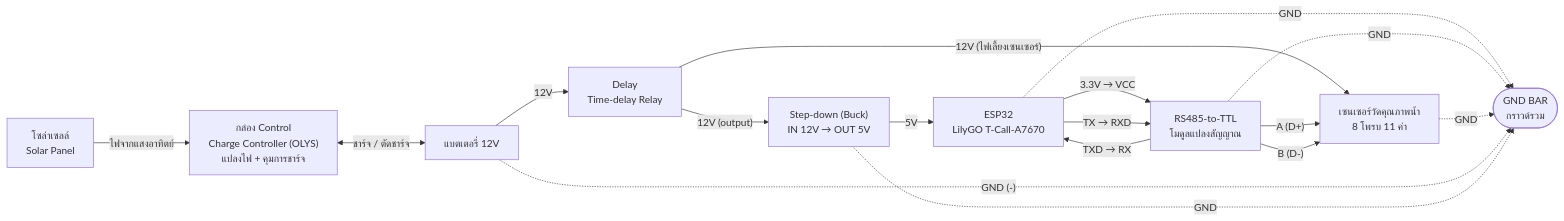
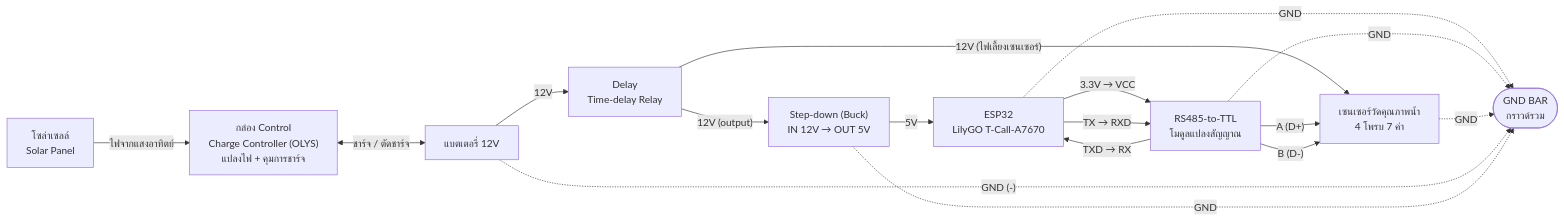
One commit to MERMAX04/Real-time-Marine-Water-Quality-Monitoring-Buoy-System changed the seventh of 10 diagrams in 5-extensions/07-thesis-chapters.md. Above: the diagram before and after it, drawn with Mermaid. The commit also changed other lines of this file and 11 other files, not shown here.

````diff
--- a/5-extensions/07-thesis-chapters.md
+++ b/5-extensions/07-thesis-chapters.md
@@ -177,29 +177,29 @@
 ```mermaid
 flowchart LR
   SOLAR["โซล่าเซลล์<br/>Solar Panel"]
   CTRL["กล่อง Control<br/>Charge Controller (OLYS)<br/>แปลงไฟ + คุมการชาร์จ"]
   BAT["แบตเตอรี่ 12V"]
   DLY["Delay<br/>Time-delay Relay"]
   SD["Step-down (Buck)<br/>IN 12V → OUT 5V"]
   ESP["ESP32<br/>LilyGO T-Call-A7670"]
   RS["RS485-to-TTL<br/>โมดูลแปลงสัญญาณ"]
-  SEN["เซนเซอร์วัดคุณภาพน้ำ<br/>8 โพรบ 11 ค่า"]
+  SEN["เซนเซอร์วัดคุณภาพน้ำ<br/>4 โพรบ 7 ค่า"]
   GB(["GND BAR<br/>กราวด์รวม"])
 
   SOLAR -->|"ไฟจากแสงอาทิตย์"| CTRL
   CTRL <-->|"ชาร์จ / ตัดชาร์จ"| BAT
   BAT -->|"12V"| DLY
   DLY -->|"12V (output)"| SD
   DLY -->|"12V (ไฟเลี้ยงเซนเซอร์)"| SEN
   SD -->|"5V"| ESP
   ESP -->|"3.3V → VCC"| RS
   ESP -->|"TX → RXD"| RS
   RS -->|"TXD → RX"| ESP
   RS -->|"A (D+)"| SEN
   RS -->|"B (D-)"| SEN
   ESP -.->|GND| GB
   RS -.->|GND| GB
   SEN -.->|GND| GB
   BAT -.->|"GND (-)"| GB
   SD -.->|GND| GB
 ```
````
